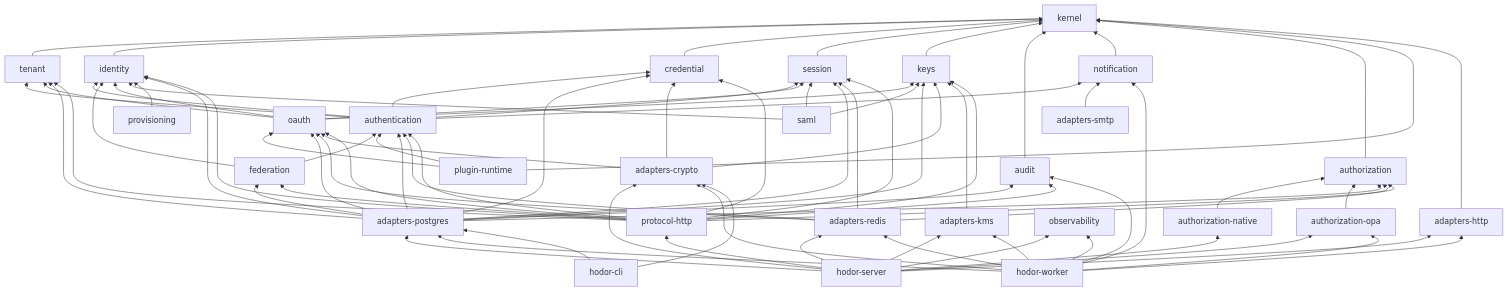
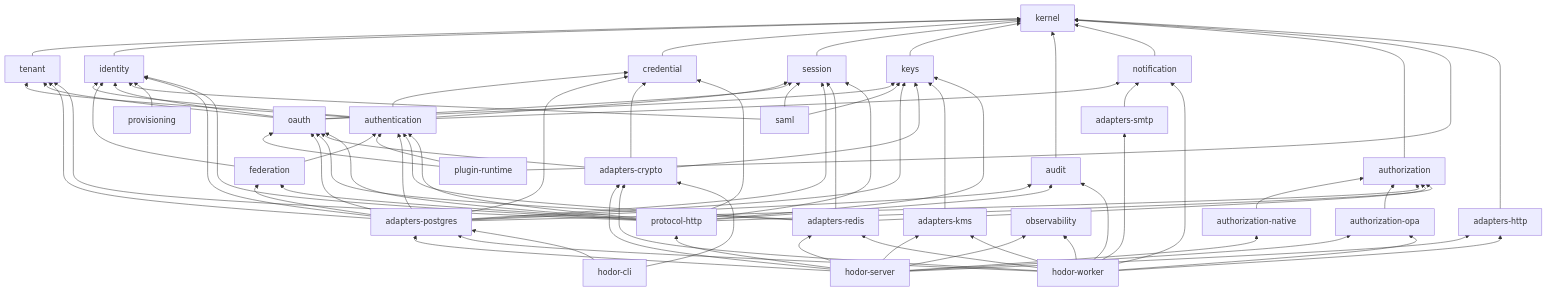
One commit to ortisun/hodor changed the diagram in docs/architecture/crates.md. Above: the diagram before and after it, drawn with Mermaid. The commit also changed other lines of this file and 27 other files, not shown here.

````diff
--- a/docs/architecture/crates.md
+++ b/docs/architecture/crates.md
@@ -65,36 +65,36 @@
 ```mermaid
 flowchart BT
     kernel
 
     tenant --> kernel
     identity --> kernel
     credential --> kernel
     session --> kernel
     keys --> kernel
     audit --> kernel
     notification --> kernel
     authorization --> kernel
 
     authentication --> identity & credential & session & tenant & notification
     federation --> authentication & identity
     oauth --> identity & session & keys & tenant
     saml --> identity & session & keys
     provisioning --> identity
 
     authorizationNative["authorization-native"] --> authorization
     authorizationPolicyAgent["authorization-opa"] --> authorization
     plugin["plugin-runtime"] --> authentication & oauth & kernel
 
     adaptersPostgres["adapters-postgres"] --> tenant & identity & credential & session & keys & authentication & federation & oauth & authorization & audit
     redis["adapters-redis"] --> session & authentication & oauth & authorization
     crypto["adapters-crypto"] --> credential & keys & oauth
     adaptersKeyService["adapters-kms"] --> keys
     adaptersHttp["adapters-http"] --> kernel
     adaptersSmtp["adapters-smtp"] --> notification
 
     protocolHttp["protocol-http"] --> tenant & identity & credential & session & authentication & federation & oauth & authorization & audit & keys
 
     server["hodor-server"] --> protocolHttp & adaptersPostgres & redis & crypto & adaptersKeyService & adaptersHttp & authorizationNative & authorizationPolicyAgent & observability
-    worker["hodor-worker"] --> adaptersPostgres & redis & crypto & adaptersKeyService & adaptersHttp & authorizationPolicyAgent & observability & notification & audit
+    worker["hodor-worker"] --> adaptersPostgres & adaptersSmtp & redis & crypto & adaptersKeyService & adaptersHttp & authorizationPolicyAgent & observability & notification & audit
     commandLineTool["hodor-cli"] --> adaptersPostgres & crypto
 ```
````
